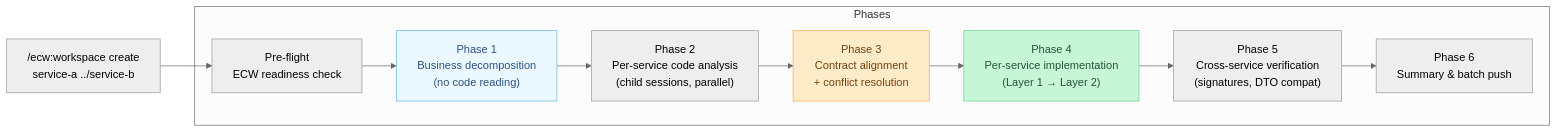
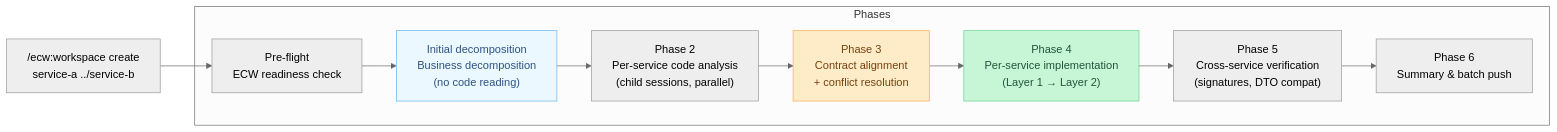
One commit to Aimeerrhythm/enterprise-change-workflow changed the second of 2 diagrams in README.md. Above: the diagram before and after it, drawn with Mermaid (neutral theme). The commit also changed other lines of this file and 44 other files, not shown here.

````diff
--- a/README.md
+++ b/README.md
@@ -124,18 +124,18 @@
 ```mermaid
 flowchart LR
     C["/ecw:workspace create\nservice-a ../service-b"] --> PF
 
     subgraph Phases
         PF["Pre-flight\nECW readiness check"] --> P1
-        P1["Phase 1\nBusiness decomposition\n(no code reading)"] --> P2
+        P1["Initial decomposition\nBusiness decomposition\n(no code reading)"] --> P2
         P2["Phase 2\nPer-service code analysis\n(child sessions, parallel)"] --> P3
         P3["Phase 3\nContract alignment\n+ conflict resolution"] --> P4
         P4["Phase 4\nPer-service implementation\n(Layer 1 → Layer 2)"] --> P5
         P5["Phase 5\nCross-service verification\n(signatures, DTO compat)"] --> P6
         P6["Phase 6\nSummary & batch push"]
     end
 
     style P1 fill:#EBF8FF,stroke:#63B3ED,color:#2C5282
     style P3 fill:#FEEBC8,stroke:#F6AD55,color:#744210
     style P4 fill:#C6F6D5,stroke:#68D391,color:#22543D
 ```
````
